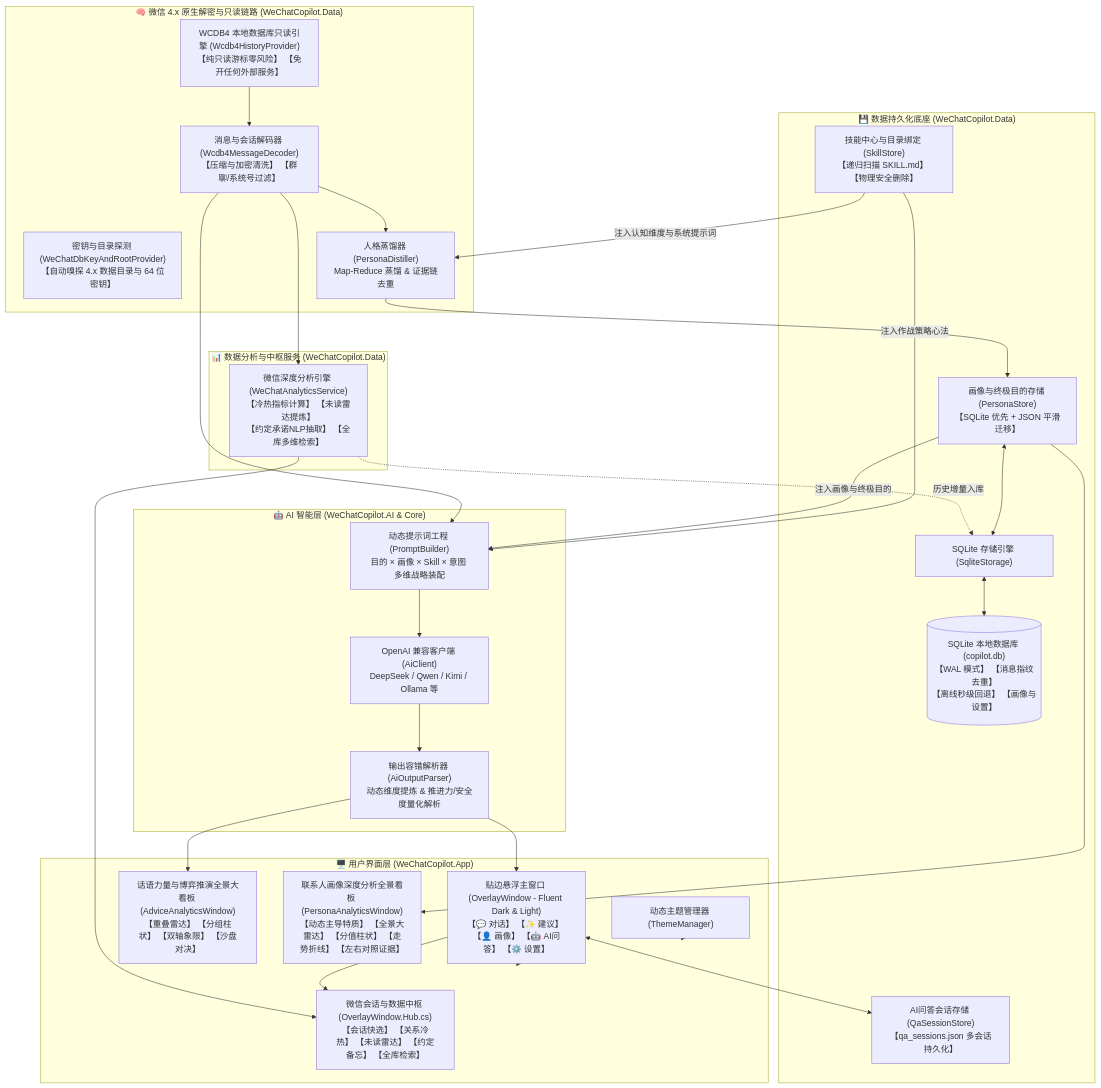
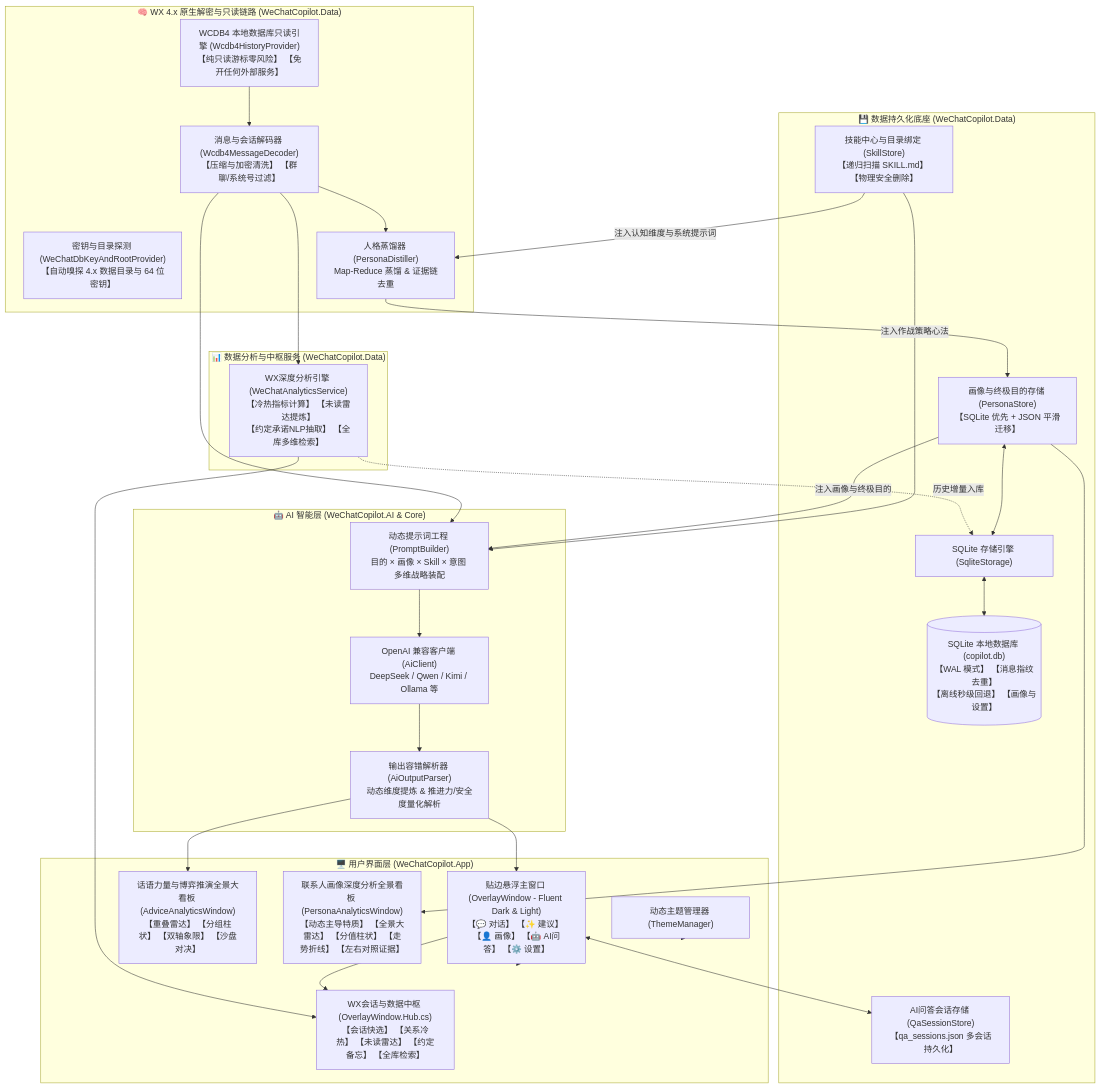
The diagram in README.md (jiang225638/wechat-assistant), drawn with Mermaid before and after one commit. The commit also changed other lines of this file and 19 other files, not shown here.

````diff
--- a/README.md
+++ b/README.md
@@ -165,54 +165,54 @@
 ```mermaid
 flowchart TD
     subgraph UI["🖥️ 用户界面层 (WeChatCopilot.App)"]
         Overlay["贴边悬浮主窗口 (OverlayWindow - Fluent Dark & Light)\n【💬 对话】 【✨ 建议】 【👤 画像】 【🤖 AI问答】 【⚙️ 设置】"]
-        Hub["微信会话与数据中枢 (OverlayWindow.Hub.cs)\n【会话快选】 【关系冷热】 【未读雷达】 【约定备忘】 【全库检索】"]
+        Hub["WX会话与数据中枢 (OverlayWindow.Hub.cs)\n【会话快选】 【关系冷热】 【未读雷达】 【约定备忘】 【全库检索】"]
         AdviceAnalytics["话语力量与博弈推演全景大看板 (AdviceAnalyticsWindow)\n【重叠雷达】 【分组柱状】 【双轴象限】 【沙盘对决】"]
         PersonaAnalytics["联系人画像深度分析全景看板 (PersonaAnalyticsWindow)\n【动态主导特质】 【全景大雷达】 【分值柱状】 【走势折线】 【左右对照证据】"]
         Theme["动态主题管理器 (ThemeManager)"]
     end
 
     subgraph Analytics["📊 数据分析与中枢服务 (WeChatCopilot.Data)"]
-        AnalyticsSvc["微信深度分析引擎 (WeChatAnalyticsService)\n【冷热指标计算】 【未读雷达提炼】\n【约定承诺NLP抽取】 【全库多维检索】"]
+        AnalyticsSvc["WX深度分析引擎 (WeChatAnalyticsService)\n【冷热指标计算】 【未读雷达提炼】\n【约定承诺NLP抽取】 【全库多维检索】"]
     end
 
     subgraph Storage["💾 数据持久化底座 (WeChatCopilot.Data)"]
         SqliteDB[("SQLite 本地数据库 (copilot.db)\n【WAL 模式】 【消息指纹去重】\n【离线秒级回退】 【画像与设置】")]
         SqliteStorage["SQLite 存储引擎 (SqliteStorage)"]
         SkillStore["技能中心与目录绑定 (SkillStore)\n【递归扫描 SKILL.md】 【物理安全删除】"]
         PersonaStore["画像与终极目的存储 (PersonaStore)\n【SQLite 优先 + JSON 平滑迁移】"]
         QaSessionStore["AI问答会话存储 (QaSessionStore)\n【qa_sessions.json 多会话持久化】"]
     end
 
-    subgraph NativeEngine["🧠 微信 4.x 原生解密与只读链路 (WeChatCopilot.Data)"]
+    subgraph NativeEngine["🧠 WX 4.x 原生解密与只读链路 (WeChatCopilot.Data)"]
         Wcdb4Engine["WCDB4 本地数据库只读引擎 (Wcdb4HistoryProvider)\n【纯只读游标零风险】 【免开任何外部服务】"]
         Decoder["消息与会话解码器 (Wcdb4MessageDecoder)\n【压缩与加密清洗】 【群聊/系统号过滤】"]
         KeyRoot["密钥与目录探测 (WeChatDbKeyAndRootProvider)\n【自动嗅探 4.x 数据目录与 64 位密钥】"]
         Distiller["人格蒸馏器 (PersonaDistiller)\nMap-Reduce 蒸馏 & 证据链去重"]
     end
 
     subgraph AI["🤖 AI 智能层 (WeChatCopilot.AI & Core)"]
         Prompt["动态提示词工程 (PromptBuilder)\n目的 × 画像 × Skill × 意图 多维战略装配"]
         Client["OpenAI 兼容客户端 (AiClient)\nDeepSeek / Qwen / Kimi / Ollama 等"]
         Parser["输出容错解析器 (AiOutputParser)\n动态维度提炼 & 推进力/安全度量化解析"]
     end
 
     Wcdb4Engine --> Decoder --> AnalyticsSvc --> Hub
     AnalyticsSvc -.->|历史增量入库| SqliteStorage
     SqliteStorage <--> SqliteDB
     Decoder --> Distiller
     SkillStore -->|注入认知维度与系统提示词| Distiller
     Distiller --> PersonaStore
     PersonaStore <--> SqliteStorage
     
     Decoder --> Prompt
     PersonaStore -->|注入画像与终极目的| Prompt
     SkillStore -->|注入作战策略心法| Prompt
     Prompt --> Client --> Parser --> Overlay
     Parser --> AdviceAnalytics
     PersonaStore --> PersonaAnalytics
     Overlay <--> QaSessionStore
     Overlay --> Hub
     Overlay --> UI
     Theme --> UI
 ```
````
